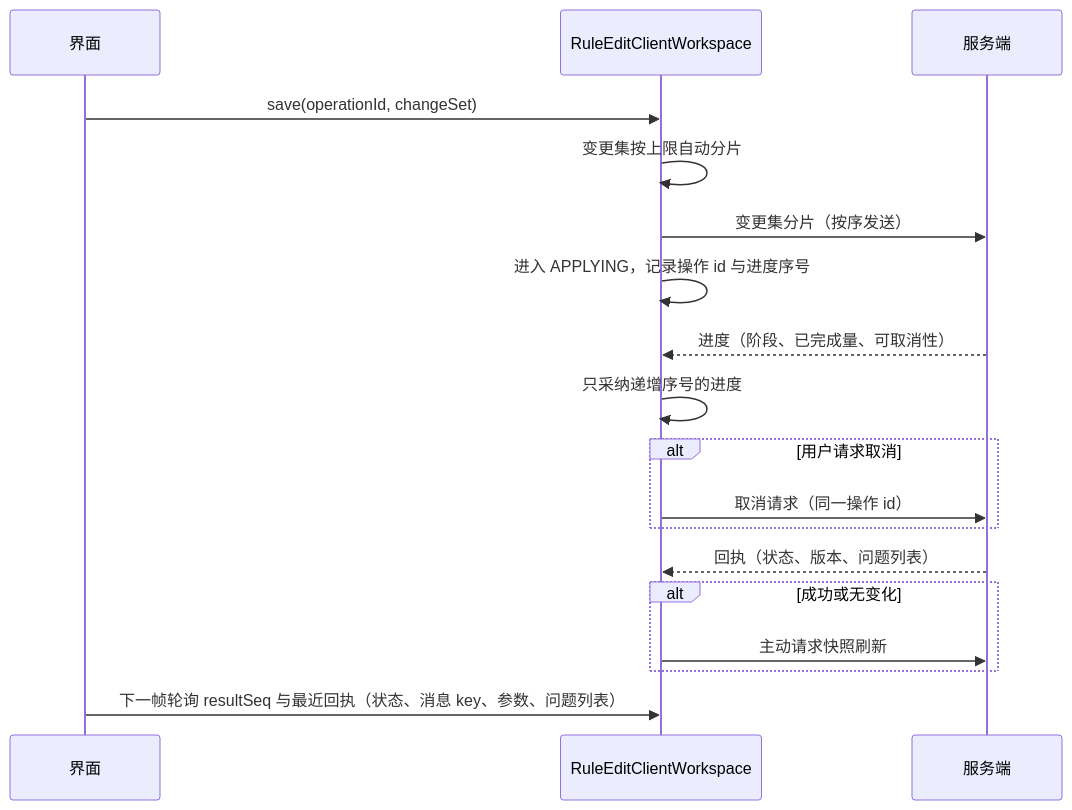
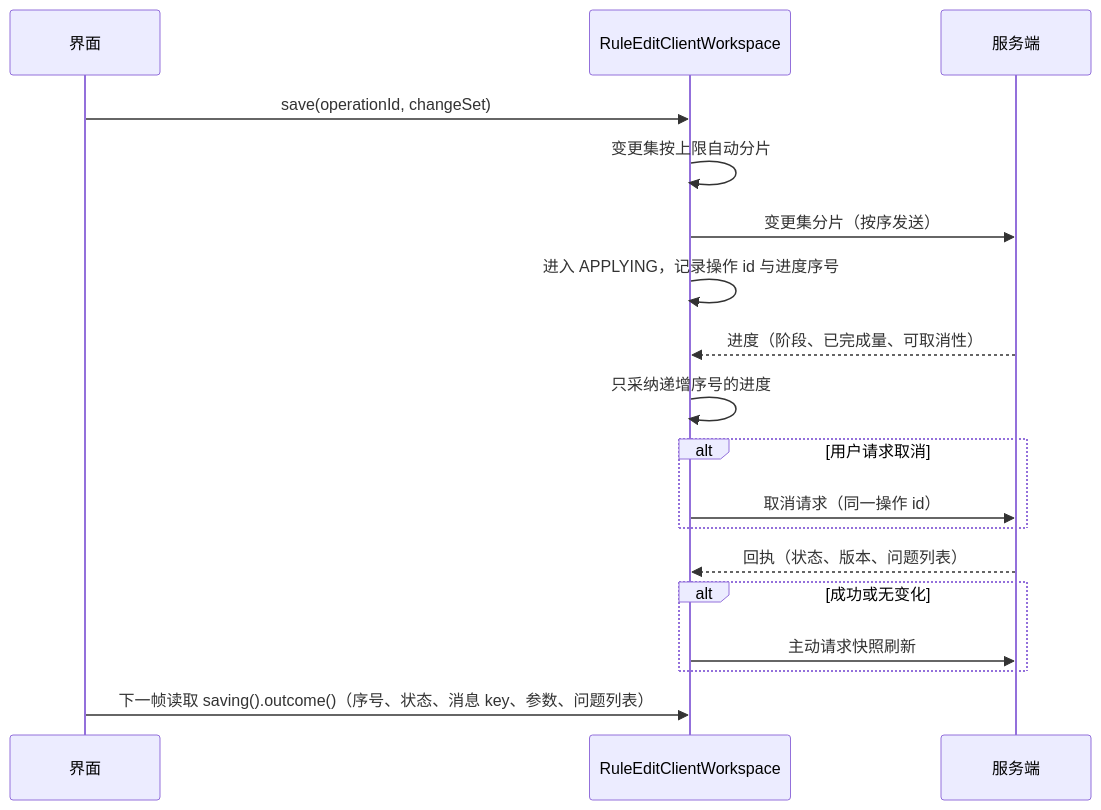
Before and after one commit to meteoritel/item-despawn-to-what: the fourth of 5 diagrams in docs/modules/client-editor.md, drawn with Mermaid. The commit also changed other lines of this file and 8 other files, not shown here.

First line of the commit message:
docs(architecture): 同步客户端编辑分层与草稿说明

````diff
--- a/docs/modules/client-editor.md
+++ b/docs/modules/client-editor.md
@@ -140,20 +139,20 @@
 ```mermaid
 sequenceDiagram
     participant UI as 界面
     participant W as RuleEditClientWorkspace
     participant S as 服务端
     UI->>W: save(operationId, changeSet)
     W->>W: 变更集按上限自动分片
     W->>S: 变更集分片（按序发送）
     W->>W: 进入 APPLYING，记录操作 id 与进度序号
     S-->>W: 进度（阶段、已完成量、可取消性）
     W->>W: 只采纳递增序号的进度
     alt 用户请求取消
         W->>S: 取消请求（同一操作 id）
     end
     S-->>W: 回执（状态、版本、问题列表）
     alt 成功或无变化
         W->>S: 主动请求快照刷新
     end
-    UI->>W: 下一帧轮询 resultSeq 与最近回执（状态、消息 key、参数、问题列表）
+    UI->>W: 下一帧读取 saving().outcome()（序号、状态、消息 key、参数、问题列表）
 ```
````
